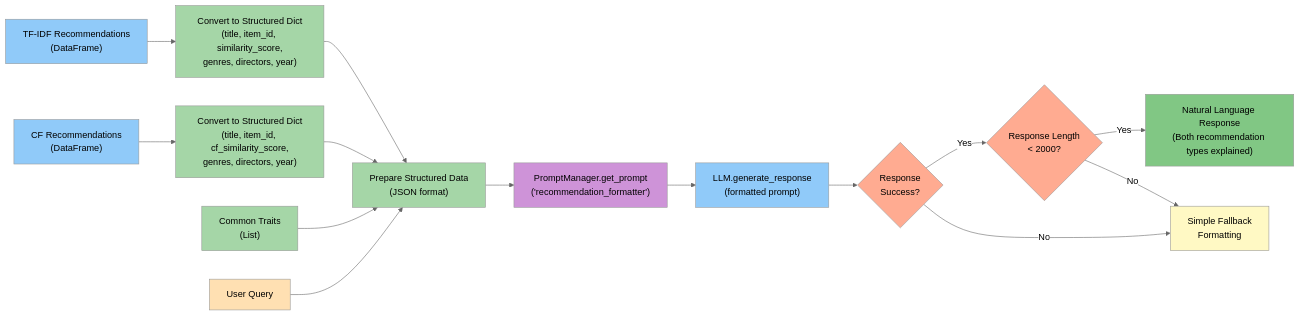
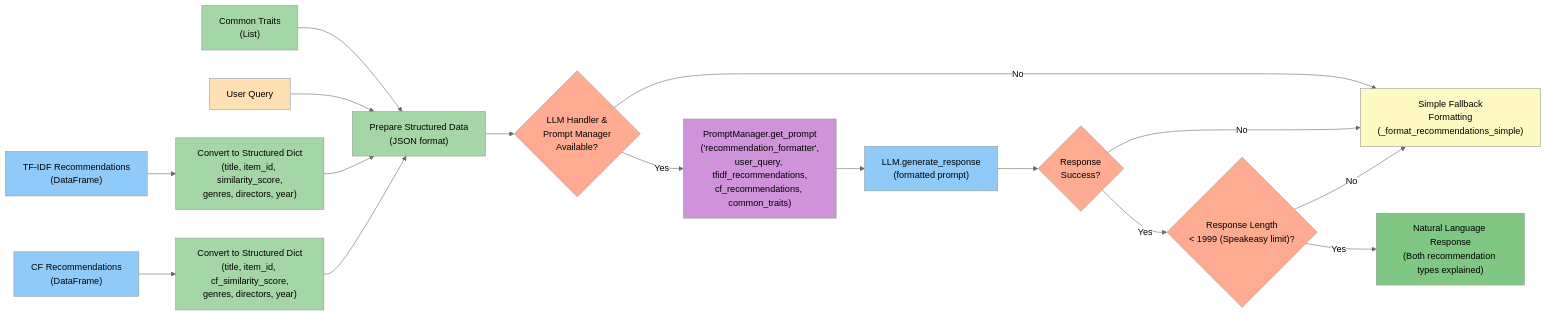
One commit to schneialexan/atai-chatbot changed the eighth of 10 diagrams in README.md. Above: the diagram before and after it, drawn with Mermaid (neutral theme). The commit also changed other lines of this file and 1 other file, not shown here.

Commit message:
updated graphs

````diff
--- a/README.md
+++ b/README.md
@@ -644,31 +698,35 @@
 ```mermaid
-graph LR
+flowchart LR
     A["TF-IDF Recommendations<br>(DataFrame)"] --> C["Convert to Structured Dict<br>(title, item_id, similarity_score,<br>genres, directors, year)"]
     B["CF Recommendations<br>(DataFrame)"] --> D["Convert to Structured Dict<br>(title, item_id, cf_similarity_score,<br>genres, directors, year)"]
     E["Common Traits<br>(List)"] --> F["Prepare Structured Data<br>(JSON format)"]
     G["User Query"] --> F
     C --> F
     D --> F
     
-    F --> H["PromptManager.get_prompt<br>('recommendation_formatter')"]
-    H --> I["LLM.generate_response<br>(formatted prompt)"]
-    I --> J{"Response<br>Success?"}
-    J -- Yes --> K{"Response Length<br>< 2000?"}
-    J -- No --> L["Simple Fallback<br>Formatting"]
-    K -- Yes --> M["Natural Language Response<br>(Both recommendation types explained)"]
+    F --> H{"LLM Handler &<br>Prompt Manager<br>Available?"}
+    H -- No --> L["Simple Fallback<br>Formatting<br>(_format_recommendations_simple)"]
+    H -- Yes --> I["PromptManager.get_prompt<br>('recommendation_formatter',<br>user_query, tfidf_recommendations,<br>cf_recommendations, common_traits)"]
+    
+    I --> J["LLM.generate_response<br>(formatted prompt)"]
+    J --> K{"Response<br>Success?"}
     K -- No --> L
+    K -- Yes --> M{"Response Length<br>< 1999 (Speakeasy limit)?"}
+    M -- No --> L
+    M -- Yes --> N["Natural Language Response<br>(Both recommendation types explained)"]
     
     style A fill:#90CAF9,color:#000000
     style B fill:#90CAF9,color:#000000
     style C fill:#A5D6A7,color:#000000
     style D fill:#A5D6A7,color:#000000
     style E fill:#A5D6A7,color:#000000
     style G fill:#FFE0B2,color:#000000
     style F fill:#A5D6A7,color:#000000
-    style H fill:#CE93D8,color:#000000
-    style I fill:#90CAF9,color:#000000
-    style J fill:#FFAB91,color:#000000
+    style H fill:#FFAB91,color:#000000
+    style I fill:#CE93D8,color:#000000
+    style J fill:#90CAF9,color:#000000
     style K fill:#FFAB91,color:#000000
+    style M fill:#FFAB91,color:#000000
     style L fill:#FFF9C4,color:#000000
-    style M fill:#81C784,color:#000000
+    style N fill:#81C784,color:#000000
 ```
````
